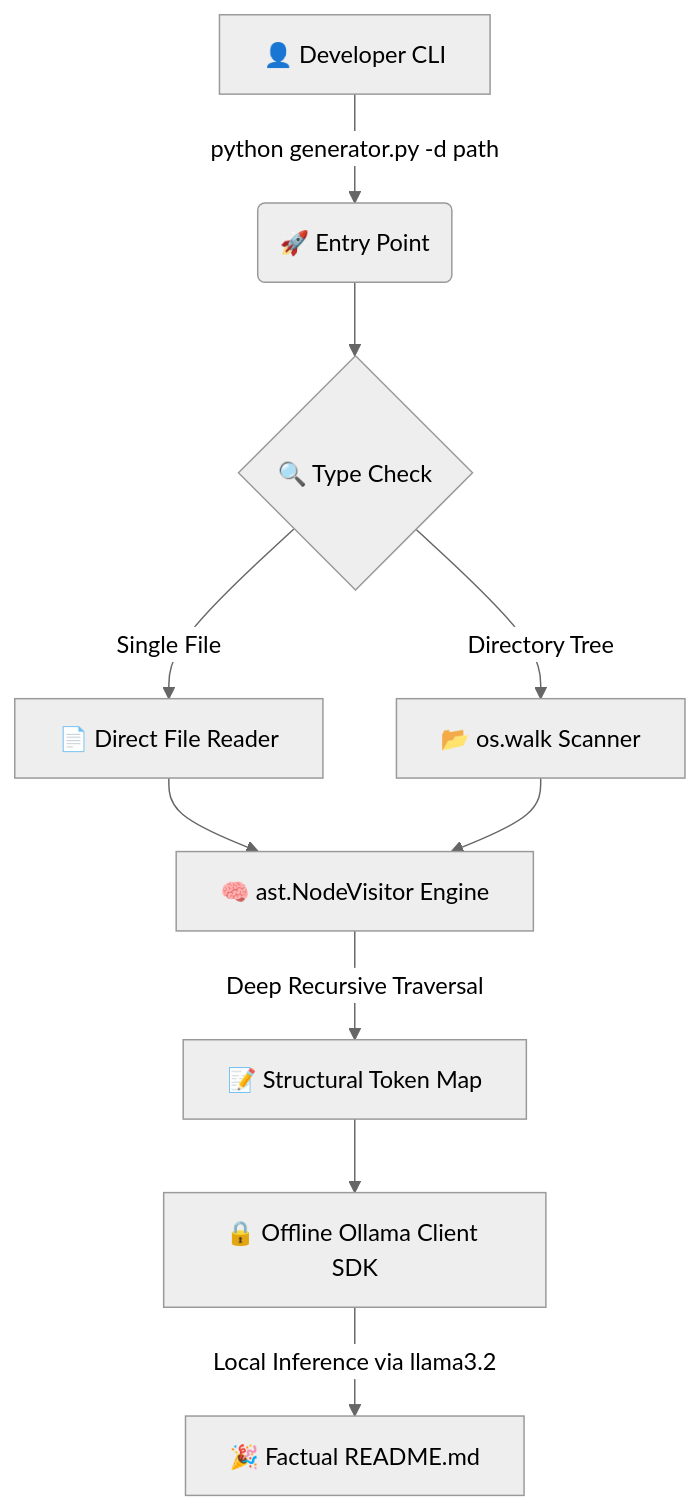
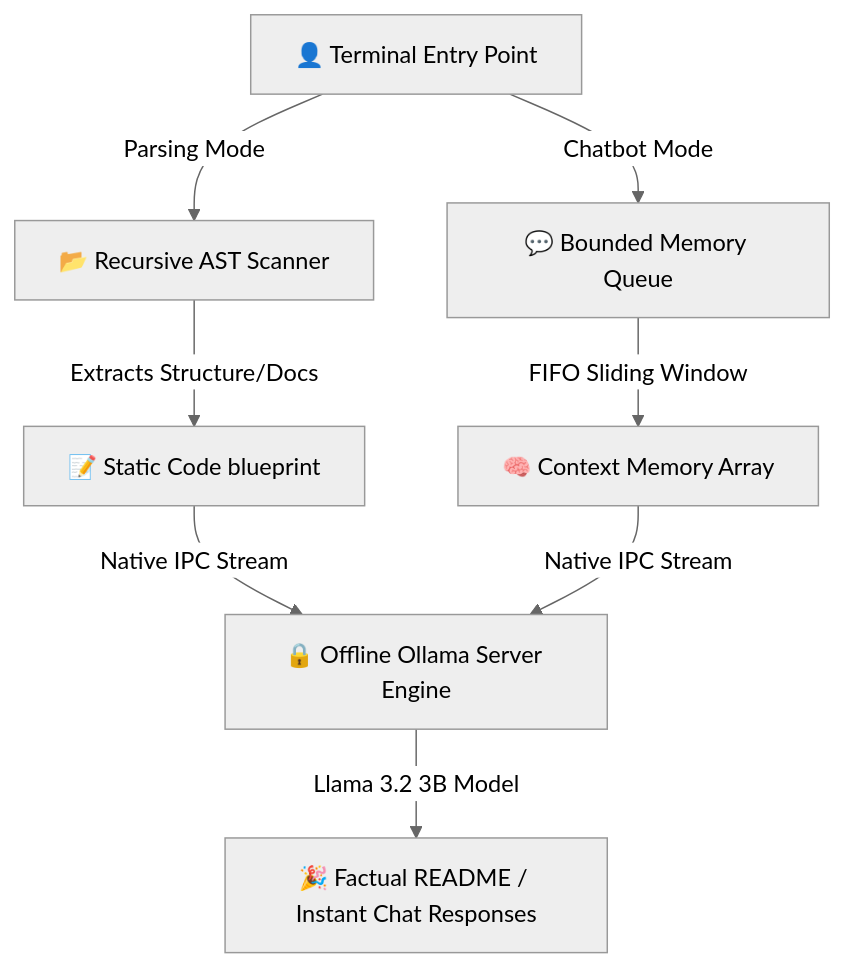
The diagram in README.md (anaysaha609-art/practical-projects), drawn with Mermaid (neutral theme) before and after one commit. The commit also changed other lines of this file, not shown here.

````diff
--- a/README.md
+++ b/README.md
@@ -11,11 +11,11 @@
 ```mermaid
 graph TD
-    A[👤 Developer CLI] -->|python generator.py -d path| B(🚀 Entry Point)
-    B --> C{🔍 Type Check}
-    C -->|Single File| D[📄 Direct File Reader]
-    C -->|Directory Tree| E[📂 os.walk Scanner]
-    D & E --> F[🧠 ast.NodeVisitor Engine]
-    F -->|Deep Recursive Traversal| G[📝 Structural Token Map]
-    G --> H[🔒 Offline Ollama Client SDK]
-    H -->|Local Inference via llama3.2| I[🎉 Factual README.md]
+    CLI[👤 Terminal Entry Point] -->|Parsing Mode| TargetScan[📂 Recursive AST Scanner]
+    CLI -->|Chatbot Mode| ChatEngine[💬 Bounded Memory Queue]
+    
+    TargetScan -->|Extracts Structure/Docs| TokenMap[📝 Static Code blueprint]
+    ChatEngine -->|FIFO Sliding Window| ContextBuffer[🧠 Context Memory Array]
+    
+    TokenMap & ContextBuffer -->|Native IPC Stream| LocalOllama[🔒 Offline Ollama Server Engine]
+    LocalOllama -->|Llama 3.2 3B Model| Output[🎉 Factual README / Instant Chat Responses]
 ```
````
